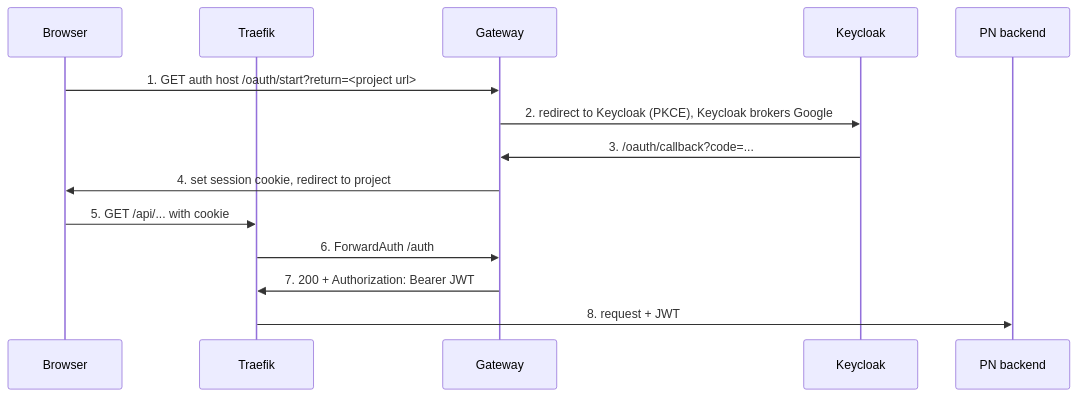
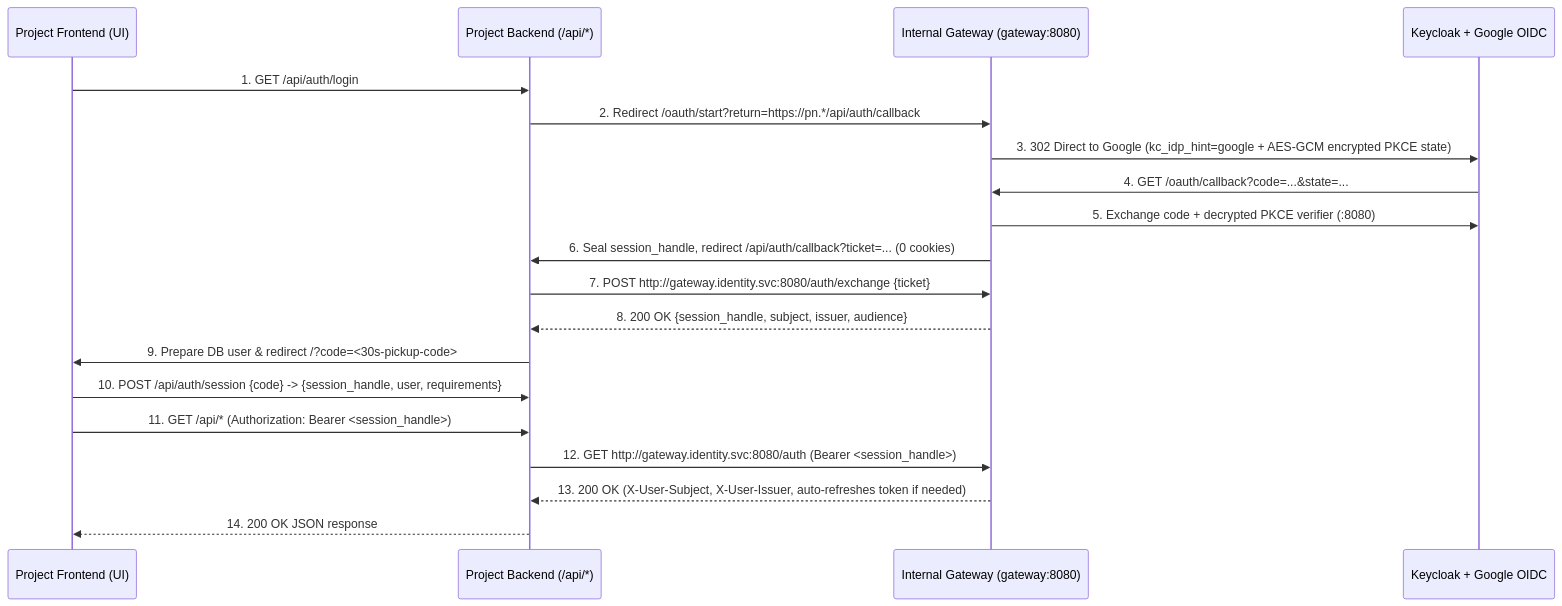
One commit to nacfson/nacfson_pipeline changed the second of 2 diagrams in docs/architecture-auth-routing.md. Above: the diagram before and after it, drawn with Mermaid. The commit also changed other lines of this file and 23 other files, not shown here.

Commit message:
feat(auth): implement headless Google login, 4-layer cookie-free BFF session_handle, and shared verification module (Spec 009)

````diff
--- a/docs/architecture-auth-routing.md
+++ b/docs/architecture-auth-routing.md
@@ -55,16 +55,21 @@
 ```mermaid
 sequenceDiagram
-    participant B as Browser
-    participant T as Traefik
-    participant G as Gateway
-    participant K as Keycloak
-    participant PN as PN backend
-    B->>G: 1. GET auth host /oauth/start?return=<project url>
-    G->>K: 2. redirect to Keycloak (PKCE), Keycloak brokers Google
-    K->>G: 3. /oauth/callback?code=...
-    G->>B: 4. set session cookie, redirect to project
-    B->>T: 5. GET /api/... with cookie
-    T->>G: 6. ForwardAuth /auth
-    G->>T: 7. 200 + Authorization: Bearer JWT
-    T->>PN: 8. request + JWT
+    participant FE as Project Frontend (UI)
+    participant BE as Project Backend (/api/*)
+    participant G as Internal Gateway (gateway:8080)
+    participant K as Keycloak + Google OIDC
+    FE->>BE: 1. GET /api/auth/login
+    BE->>G: 2. Redirect /oauth/start?return=https://pn.*/api/auth/callback
+    G->>K: 3. 302 Direct to Google (kc_idp_hint=google + AES-GCM encrypted PKCE state)
+    K->>G: 4. GET /oauth/callback?code=...&state=...
+    G->>K: 5. Exchange code + decrypted PKCE verifier (:8080)
+    G->>BE: 6. Seal session_handle, redirect /api/auth/callback?ticket=... (0 cookies)
+    BE->>G: 7. POST http://gateway.identity.svc:8080/auth/exchange {ticket}
+    G-->>BE: 8. 200 OK {session_handle, subject, issuer, audience}
+    BE->>FE: 9. Prepare DB user & redirect /?code=<30s-pickup-code>
+    FE->>BE: 10. POST /api/auth/session {code} -> {session_handle, user, requirements}
+    FE->>BE: 11. GET /api/* (Authorization: Bearer <session_handle>)
+    BE->>G: 12. GET http://gateway.identity.svc:8080/auth (Bearer <session_handle>)
+    G-->>BE: 13. 200 OK (X-User-Subject, X-User-Issuer, auto-refreshes token if needed)
+    BE-->>FE: 14. 200 OK JSON response
 ```
````
